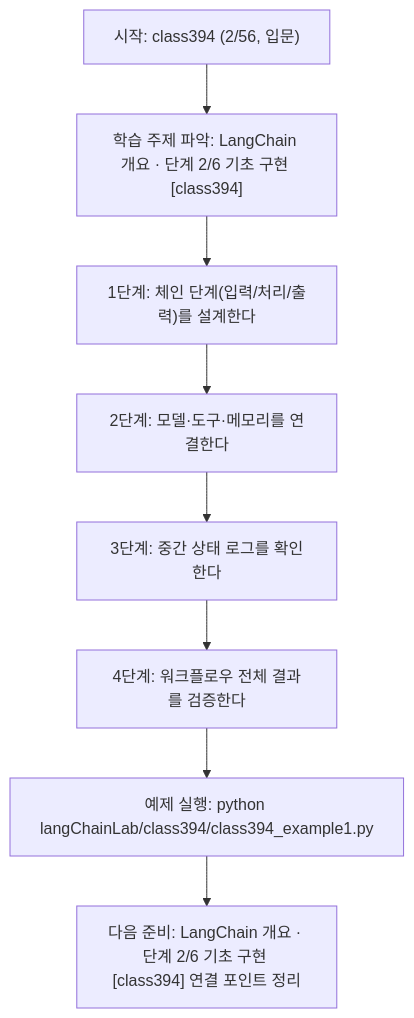
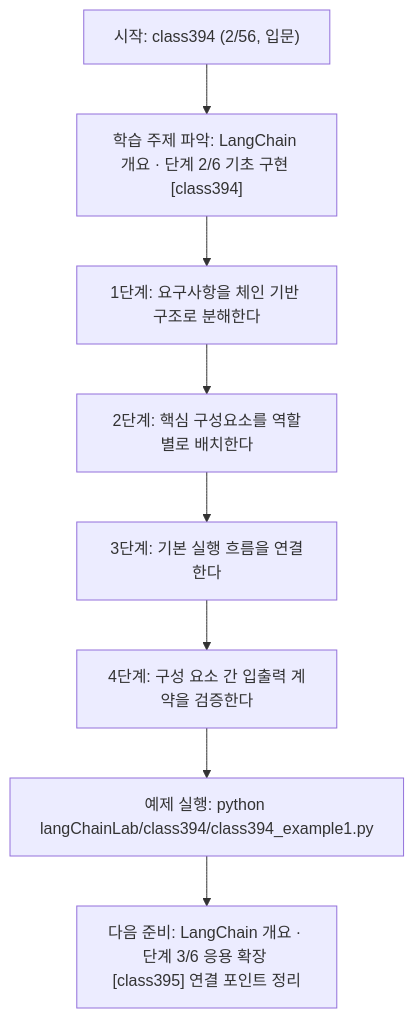
The diagram in langChainLab/class394/class394.md (edumgt/Python-AI_Agent-Class), drawn with Mermaid before and after one commit. The commit also changed other lines of this file and 395 other files, not shown here.

````diff
--- a/langChainLab/class394/class394.md
+++ b/langChainLab/class394/class394.md
@@ -109,18 +91,18 @@
 ```mermaid
 flowchart TD
 N1["시작: class394 (2/56, 입문)"]
 N2["학습 주제 파악: LangChain 개요 · 단계 2/6 기초 구현 [class394]"]
-N3["1단계: 체인 단계(입력/처리/출력)를 설계한다"]
-N4["2단계: 모델·도구·메모리를 연결한다"]
-N5["3단계: 중간 상태 로그를 확인한다"]
-N6["4단계: 워크플로우 전체 결과를 검증한다"]
+N3["1단계: 요구사항을 체인 기반 구조로 분해한다"]
+N4["2단계: 핵심 구성요소를 역할별로 배치한다"]
+N5["3단계: 기본 실행 흐름을 연결한다"]
+N6["4단계: 구성 요소 간 입출력 계약을 검증한다"]
 N7["예제 실행: python langChainLab/class394/class394_example1.py"]
-N8["다음 준비: LangChain 개요 · 단계 2/6 기초 구현 [class394] 연결 포인트 정리"]
+N8["다음 준비: LangChain 개요 · 단계 3/6 응용 확장 [class395] 연결 포인트 정리"]
 N1 --> N2
 N2 --> N3
 N3 --> N4
 N4 --> N5
 N5 --> N6
 N6 --> N7
 N7 --> N8
 ```
````
